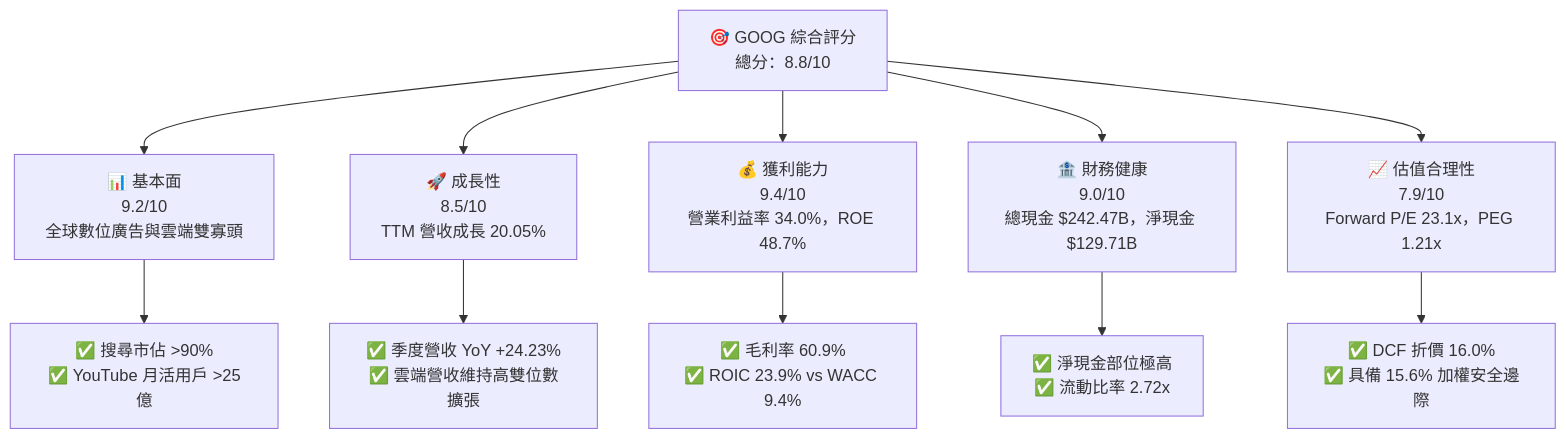
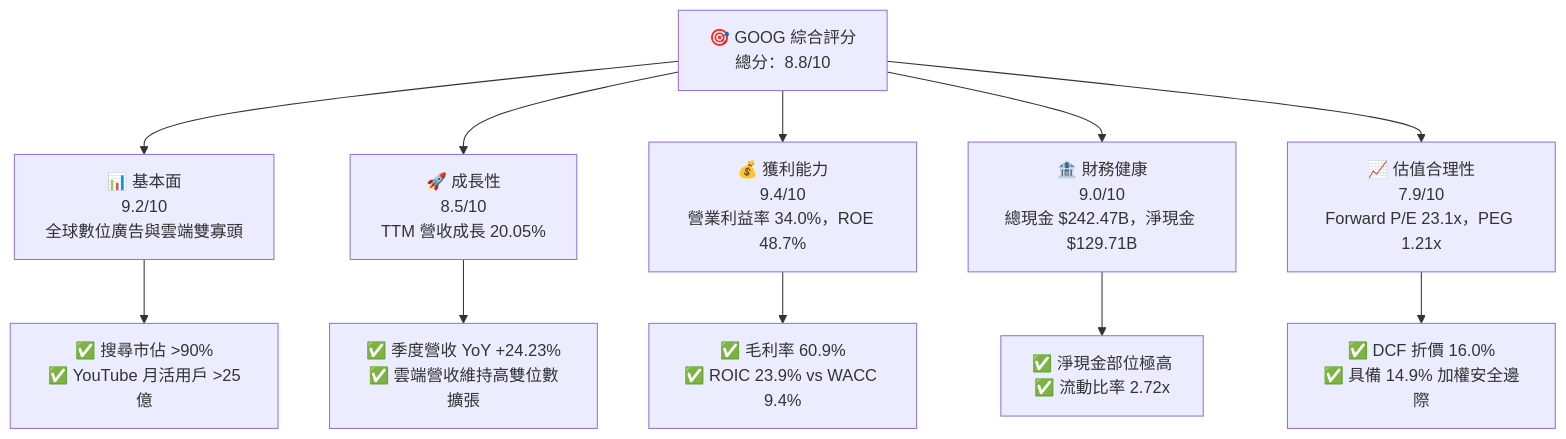
One commit to yennanliu/finance_data changed the first of 16 diagrams in ai_gen_report/fundamental/goog/fundamental_analysis_2026-10-10_gemini.md. Above: the diagram before and after it, drawn with Mermaid. The commit also changed other lines of this file and 339 other files, not shown here.

````diff
--- a/ai_gen_report/fundamental/goog/fundamental_analysis_2026-10-10_gemini.md
+++ b/ai_gen_report/fundamental/goog/fundamental_analysis_2026-10-10_gemini.md
@@ -61,22 +68,22 @@
 ```mermaid
 graph TD
     GOOG["🎯 GOOG 綜合評分<br/>總分：8.8/10"]
 
     F["📊 基本面<br/>9.2/10<br/>全球數位廣告與雲端雙寡頭"]
     G["🚀 成長性<br/>8.5/10<br/>TTM 營收成長 20.05%"]
     P["💰 獲利能力<br/>9.4/10<br/>營業利益率 34.0%，ROE 48.7%"]
     B["🏦 財務健康<br/>9.0/10<br/>總現金 $242.47B，淨現金 $129.71B"]
     V["📈 估值合理性<br/>7.9/10<br/>Forward P/E 23.1x，PEG 1.21x"]
 
     GOOG --> F
     GOOG --> G
     GOOG --> P
     GOOG --> B
     GOOG --> V
 
     F --> F1["✅ 搜尋市佔 >90%<br/>✅ YouTube 月活用戶 >25億"]
     G --> G1["✅ 季度營收 YoY +24.23%<br/>✅ 雲端營收維持高雙位數擴張"]
     P --> P1["✅ 毛利率 60.9%<br/>✅ ROIC 23.9% vs WACC 9.4%"]
     B --> B1["✅ 淨現金部位極高<br/>✅ 流動比率 2.72x"]
-    V --> V1["✅ DCF 折價 16.0%<br/>✅ 具備 15.6% 加權安全邊際"]
+    V --> V1["✅ DCF 折價 16.0%<br/>✅ 具備 14.9% 加權安全邊際"]
 ```
````
